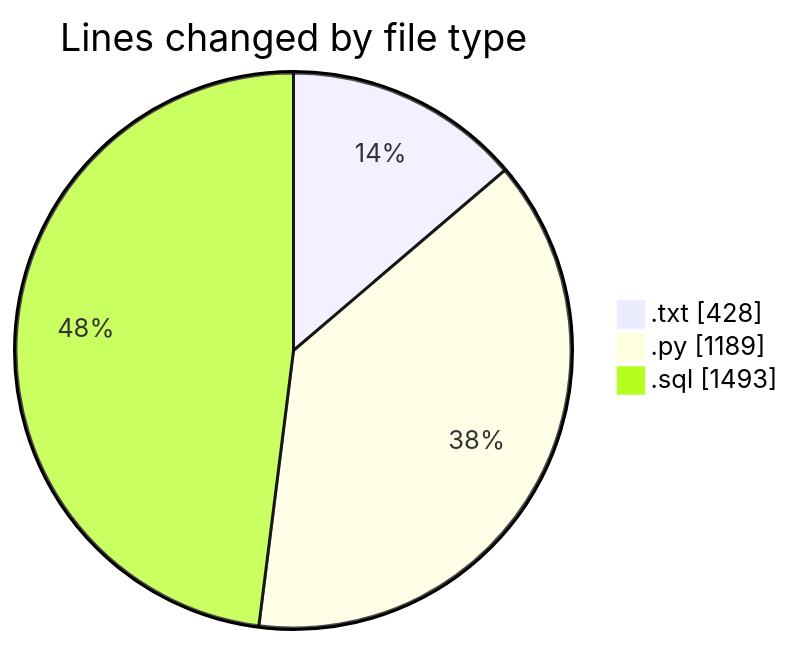
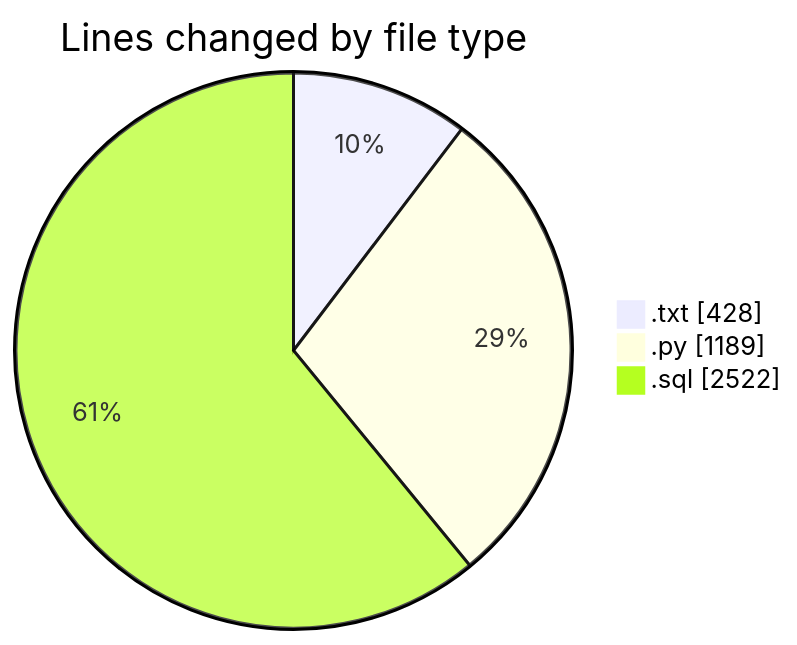
One commit to lephambinh05/code-tracking changed the first of 2 diagrams in 2025-09-16/datanv/README.md. Above: the diagram before and after it, drawn with Mermaid. The commit also changed other lines of this file and 1 other file, not shown here.

````diff
--- a/2025-09-16/datanv/README.md
+++ b/2025-09-16/datanv/README.md
@@ -35,7 +36,7 @@
 ```mermaid
 pie showData
 title Lines changed by file type
 ".txt" : 428
 ".py" : 1189
-".sql" : 1493
+".sql" : 2522
 ```
````
